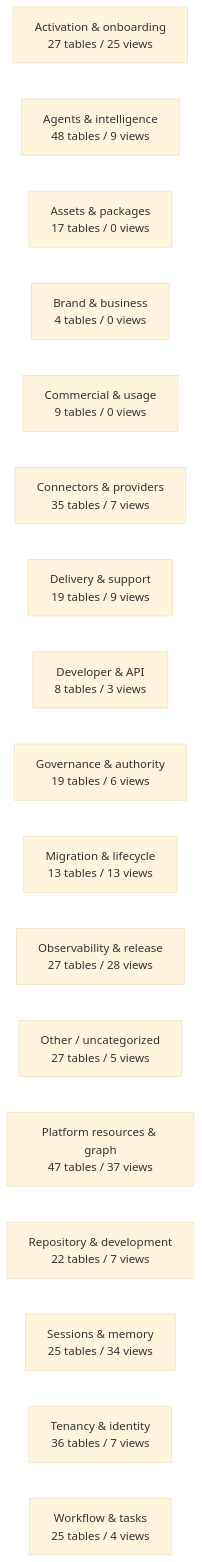
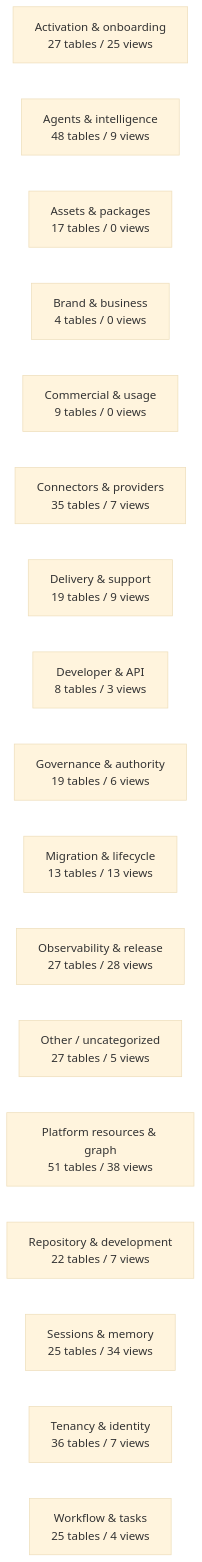
One commit to mad4bdigital-ai/multi-business-multi-role-growth-intelligence-os changed the diagram in docs/work-maps/data-model-domain-map.md. Above: the diagram before and after it, drawn with Mermaid (base theme). The commit also changed other lines of this file and 9 other files, not shown here.

````diff
--- a/docs/work-maps/data-model-domain-map.md
+++ b/docs/work-maps/data-model-domain-map.md
@@ -9,20 +9,20 @@
 ```mermaid
 flowchart LR
   n_Activation___onboarding["Activation & onboarding<br/>27 tables / 25 views"]
   n_Agents___intelligence["Agents & intelligence<br/>48 tables / 9 views"]
   n_Assets___packages["Assets & packages<br/>17 tables / 0 views"]
   n_Brand___business["Brand & business<br/>4 tables / 0 views"]
   n_Commercial___usage["Commercial & usage<br/>9 tables / 0 views"]
   n_Connectors___providers["Connectors & providers<br/>35 tables / 7 views"]
   n_Delivery___support["Delivery & support<br/>19 tables / 9 views"]
   n_Developer___API["Developer & API<br/>8 tables / 3 views"]
   n_Governance___authority["Governance & authority<br/>19 tables / 6 views"]
   n_Migration___lifecycle["Migration & lifecycle<br/>13 tables / 13 views"]
   n_Observability___release["Observability & release<br/>27 tables / 28 views"]
   n_Other___uncategorized["Other / uncategorized<br/>27 tables / 5 views"]
-  n_Platform_resources___graph["Platform resources & graph<br/>47 tables / 37 views"]
+  n_Platform_resources___graph["Platform resources & graph<br/>51 tables / 38 views"]
   n_Repository___development["Repository & development<br/>22 tables / 7 views"]
   n_Sessions___memory["Sessions & memory<br/>25 tables / 34 views"]
   n_Tenancy___identity["Tenancy & identity<br/>36 tables / 7 views"]
   n_Workflow___tasks["Workflow & tasks<br/>25 tables / 4 views"]
 ```
````
